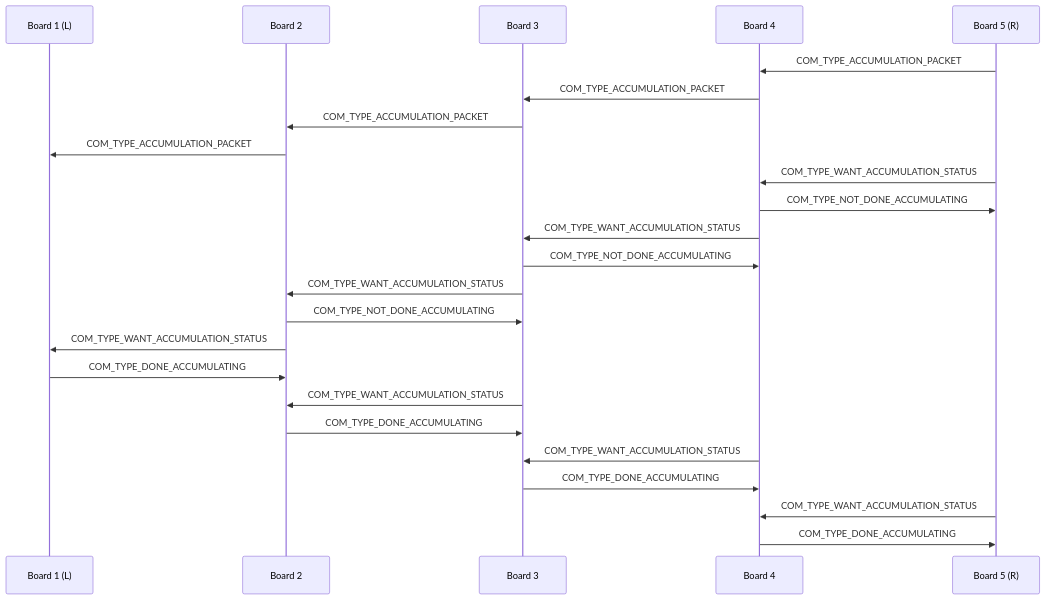
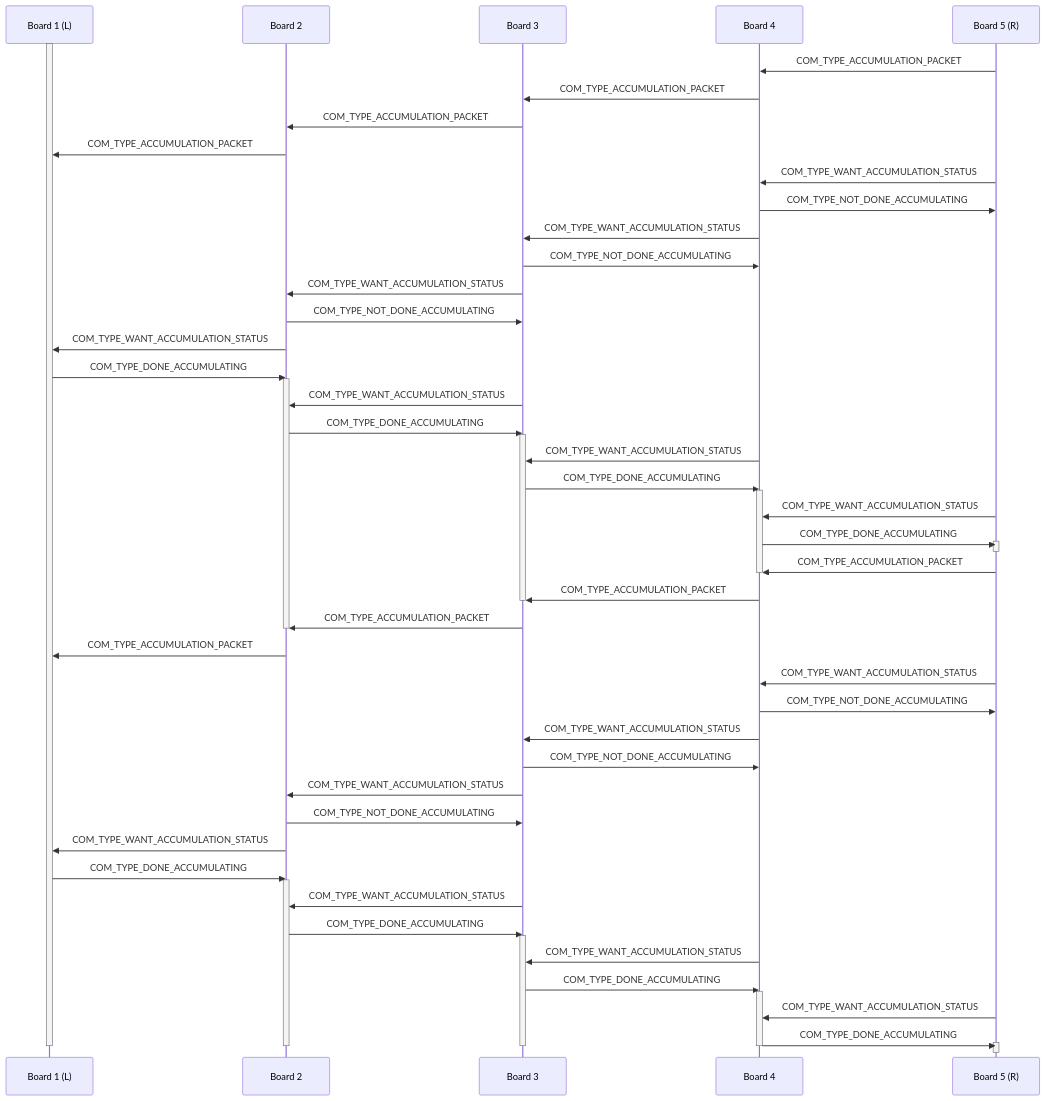
One commit to a-h/slab-firmware changed the diagram in README.md. Above: the diagram before and after it, drawn with Mermaid. The commit also changed 3 other files, not shown here.

````diff
--- a/README.md
+++ b/README.md
@@ -104,6 +104,10 @@
     participant Board 3
     participant Board 4
     participant Board 5 (R)
+
+    # First communication.
+
+    activate Board 1 (L)
 
     Board 5 (R) ->> Board 4: COM_TYPE_ACCUMULATION_PACKET
     Board 4 ->> Board 3: COM_TYPE_ACCUMULATION_PACKET
@@ -121,13 +125,67 @@
 
     Board 2 ->> Board 1 (L): COM_TYPE_WANT_ACCUMULATION_STATUS
     Board 1 (L) ->> Board 2: COM_TYPE_DONE_ACCUMULATING
+    
+    activate Board 2
 
     Board 3 ->> Board 2: COM_TYPE_WANT_ACCUMULATION_STATUS
     Board 2 ->> Board 3: COM_TYPE_DONE_ACCUMULATING
 
+    activate Board 3
+
     Board 4 ->> Board 3: COM_TYPE_WANT_ACCUMULATION_STATUS
     Board 3 ->> Board 4: COM_TYPE_DONE_ACCUMULATING
 
+    activate Board 4
+
     Board 5 (R) ->> Board 4: COM_TYPE_WANT_ACCUMULATION_STATUS
     Board 4 ->> Board 5 (R): COM_TYPE_DONE_ACCUMULATING
+
+    activate Board 5 (R)
+
+    # Second communication.
+
+    deactivate Board 5 (R)
+    Board 5 (R) ->> Board 4: COM_TYPE_ACCUMULATION_PACKET
+    deactivate Board 4
+    Board 4 ->> Board 3: COM_TYPE_ACCUMULATION_PACKET
+    deactivate Board 3
+    Board 3 ->> Board 2: COM_TYPE_ACCUMULATION_PACKET
+    deactivate Board 2
+    Board 2 ->> Board 1 (L): COM_TYPE_ACCUMULATION_PACKET
+
+    Board 5 (R) ->> Board 4: COM_TYPE_WANT_ACCUMULATION_STATUS
+    Board 4 ->> Board 5 (R): COM_TYPE_NOT_DONE_ACCUMULATING
+
+    Board 4 ->> Board 3: COM_TYPE_WANT_ACCUMULATION_STATUS
+    Board 3 ->> Board 4: COM_TYPE_NOT_DONE_ACCUMULATING
+
+    Board 3 ->> Board 2: COM_TYPE_WANT_ACCUMULATION_STATUS
+    Board 2 ->> Board 3: COM_TYPE_NOT_DONE_ACCUMULATING
+
+    Board 2 ->> Board 1 (L): COM_TYPE_WANT_ACCUMULATION_STATUS
+    Board 1 (L) ->> Board 2: COM_TYPE_DONE_ACCUMULATING
+    
+    activate Board 2
+
+    Board 3 ->> Board 2: COM_TYPE_WANT_ACCUMULATION_STATUS
+    Board 2 ->> Board 3: COM_TYPE_DONE_ACCUMULATING
+
+    activate Board 3
+
+    Board 4 ->> Board 3: COM_TYPE_WANT_ACCUMULATION_STATUS
+    Board 3 ->> Board 4: COM_TYPE_DONE_ACCUMULATING
+
+    activate Board 4
+
+    Board 5 (R) ->> Board 4: COM_TYPE_WANT_ACCUMULATION_STATUS
+    Board 4 ->> Board 5 (R): COM_TYPE_DONE_ACCUMULATING
+
+    activate Board 5 (R)
+
+    deactivate Board 2
+    deactivate Board 3
+    deactivate Board 4
+    deactivate Board 5 (R)
+    deactivate Board 1 (L)
 ```
````
